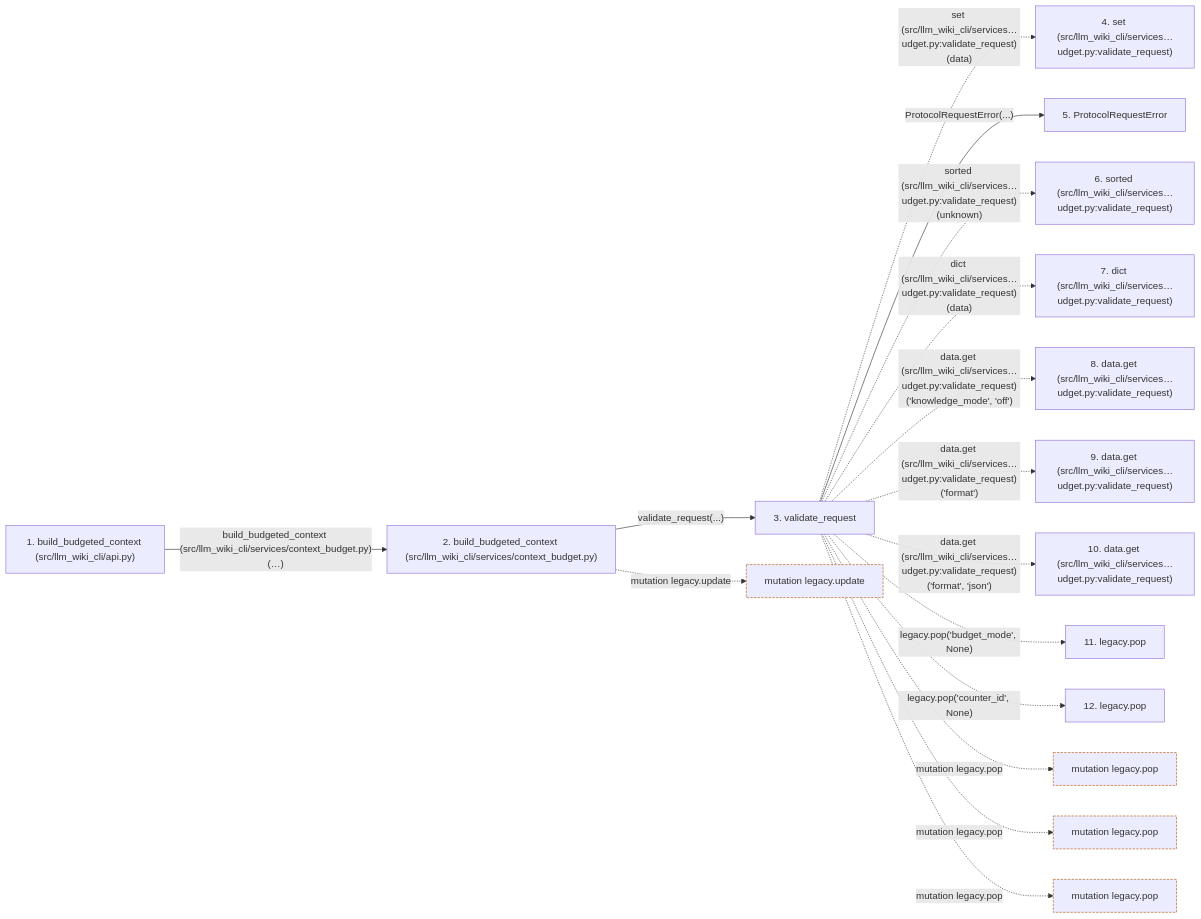
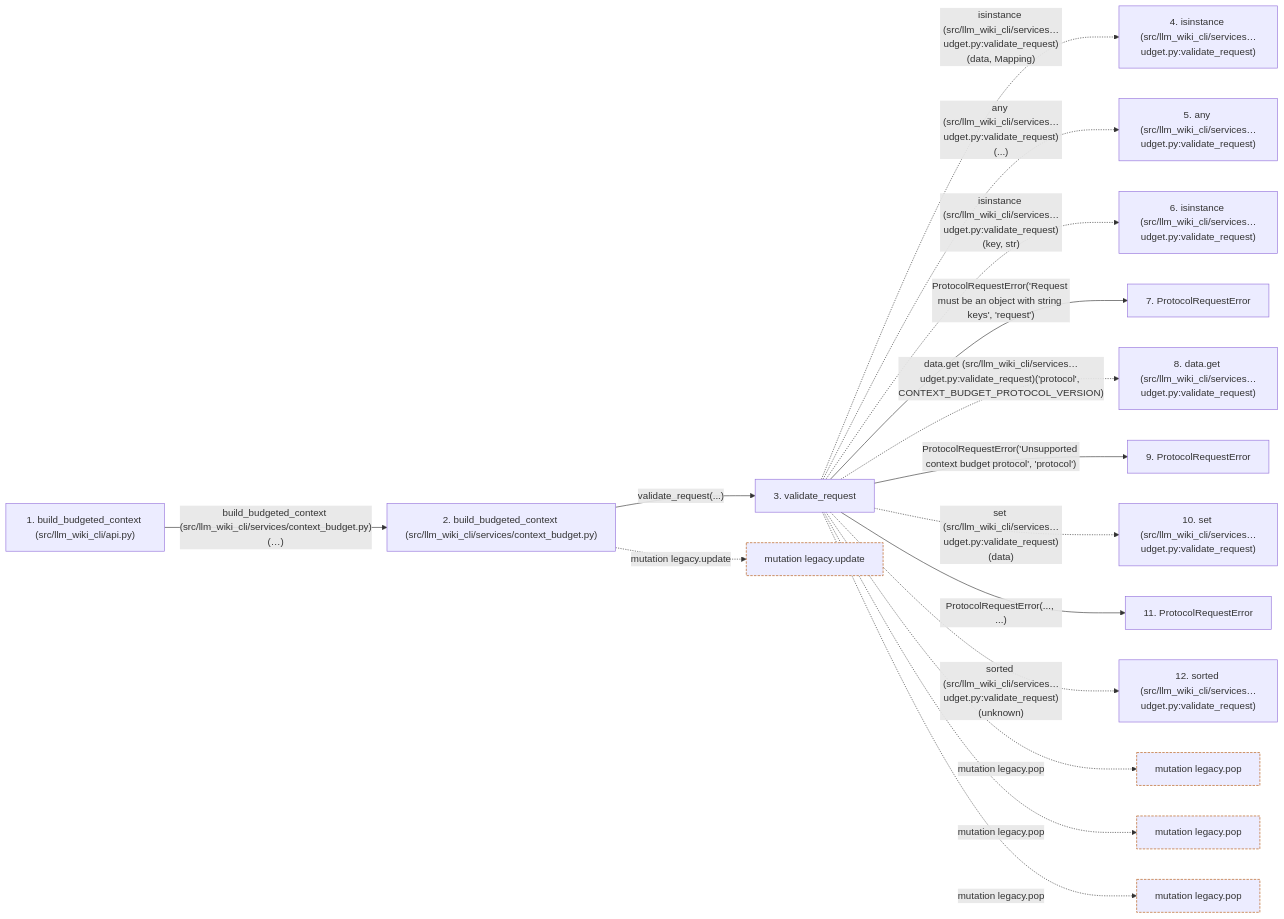
The second of 2 diagrams in docs/llm_wiki/flows/api-build_budgeted_context.md (Denissvgn/python-wiki-llm), drawn with Mermaid before and after one commit. The commit also changed other lines of this file and 865 other files, not shown here.

````diff
--- a/docs/llm_wiki/flows/api-build_budgeted_context.md
+++ b/docs/llm_wiki/flows/api-build_budgeted_context.md
@@ -116,43 +119,45 @@
 ```mermaid
 flowchart LR
     s1["1. build_budgeted_context (src/llm_wiki_cli/api.py)"]
     s2["2. build_budgeted_context (src/llm_wiki_cli/services/context_budget.py)"]
     s3["3. validate_request"]
-    s4["4. set (src/llm_wiki_cli/services…udget.py:validate_request)"]
-    s5["5. ProtocolRequestError"]
-    s6["6. sorted (src/llm_wiki_cli/services…udget.py:validate_request)"]
-    s7["7. dict (src/llm_wiki_cli/services…udget.py:validate_request)"]
+    s4["4. isinstance (src/llm_wiki_cli/services…udget.py:validate_request)"]
+    s5["5. any (src/llm_wiki_cli/services…udget.py:validate_request)"]
+    s6["6. isinstance (src/llm_wiki_cli/services…udget.py:validate_request)"]
+    s7["7. ProtocolRequestError"]
     s8["8. data.get (src/llm_wiki_cli/services…udget.py:validate_request)"]
-    s9["9. data.get (src/llm_wiki_cli/services…udget.py:validate_request)"]
-    s10["10. data.get (src/llm_wiki_cli/services…udget.py:validate_request)"]
-    s11["11. legacy.pop"]
-    s12["12. legacy.pop"]
+    s9["9. ProtocolRequestError"]
+    s10["10. set (src/llm_wiki_cli/services…udget.py:validate_request)"]
+    s11["11. ProtocolRequestError"]
+    s12["12. sorted (src/llm_wiki_cli/services…udget.py:validate_request)"]
     s1 -->|"build_budgeted_context (src/llm_wiki_cli/services/context_budget.py)(…)"| s2
     s2 -->|"validate_request(...)"| s3
-    s3 -. "set (src/llm_wiki_cli/services…udget.py:validate_request)(data)" .-> s4
-    s3 -->|"ProtocolRequestError(...)"| s5
-    s3 -. "sorted (src/llm_wiki_cli/services…udget.py:validate_request)(unknown)" .-> s6
-    s3 -. "dict (src/llm_wiki_cli/services…udget.py:validate_request)(data)" .-> s7
-    s3 -. "data.get (src/llm_wiki_cli/services…udget.py:validate_request)('knowledge_mode', 'off')" .-> s8
-    s3 -. "data.get (src/llm_wiki_cli/services…udget.py:validate_request)('format')" .-> s9
-    s3 -. "data.get (src/llm_wiki_cli/services…udget.py:validate_request)('format', 'json')" .-> s10
-    s3 -. "legacy.pop('budget_mode', None)" .-> s11
-    s3 -. "legacy.pop('counter_id', None)" .-> s12
+    s3 -. "isinstance (src/llm_wiki_cli/services…udget.py:validate_request)(data, Mapping)" .-> s4
+    s3 -. "any (src/llm_wiki_cli/services…udget.py:validate_request)(...)" .-> s5
+    s3 -. "isinstance (src/llm_wiki_cli/services…udget.py:validate_request)(key, str)" .-> s6
+    s3 -->|"ProtocolRequestError('Request must be an object with string keys', 'request')"| s7
+    s3 -. "data.get (src/llm_wiki_cli/services…udget.py:validate_request)('protocol', CONTEXT_BUDGET_PROTOCOL_VERSION)" .-> s8
+    s3 -->|"ProtocolRequestError('Unsupported context budget protocol', 'protocol')"| s9
+    s3 -. "set (src/llm_wiki_cli/services…udget.py:validate_request)(data)" .-> s10
+    s3 -->|"ProtocolRequestError(..., ...)"| s11
+    s3 -. "sorted (src/llm_wiki_cli/services…udget.py:validate_request)(unknown)" .-> s12
     b0["mutation legacy.update"]
     s2 -. "mutation legacy.update" .-> b0
     b1["mutation legacy.pop"]
     s3 -. "mutation legacy.pop" .-> b1
     b2["mutation legacy.pop"]
     s3 -. "mutation legacy.pop" .-> b2
     b3["mutation legacy.pop"]
     s3 -. "mutation legacy.pop" .-> b3
     click s1 "../modules/api.md"
     click s2 "../modules/context_budget.md"
     click s3 "../modules/context_budget.md"
-    click s5 "../modules/context_service.md"
+    click s7 "../modules/context_service.md"
+    click s9 "../modules/context_service.md"
+    click s11 "../modules/context_service.md"
     classDef boundary stroke:#b45309,stroke-dasharray: 4 2
     class b0 boundary
     class b1 boundary
     class b2 boundary
     class b3 boundary
 ```
````
